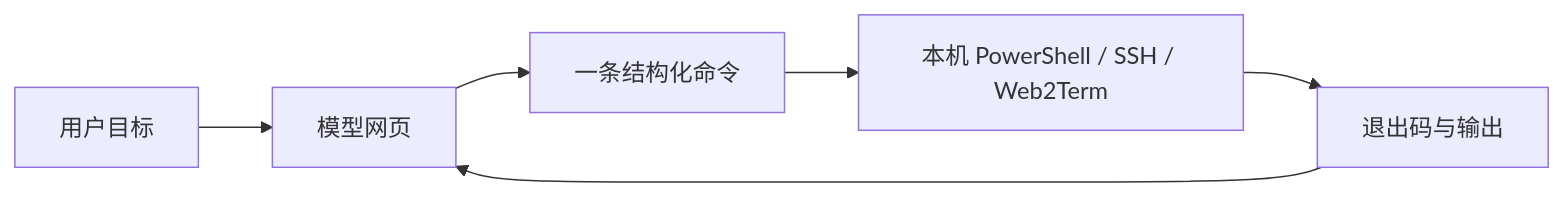
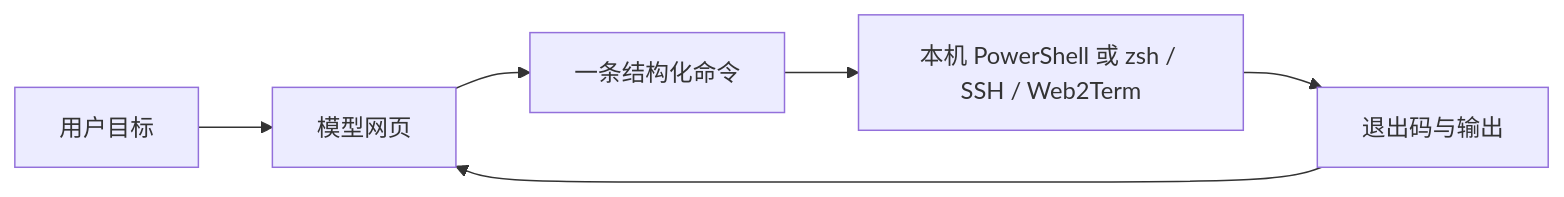
The first of 4 diagrams in README.md (naledao/gpt-web-to-codex-terminal), drawn with Mermaid before and after one commit. The commit also changed other lines of this file and 5 other files, not shown here.

````diff
--- a/README.md
+++ b/README.md
@@ -31,8 +53,8 @@
 ```mermaid
 flowchart LR
   U[用户目标] --> C[模型网页]
   C --> J[一条结构化命令]
-  J --> E[本机 PowerShell / SSH / Web2Term]
+  J --> E[本机 PowerShell 或 zsh / SSH / Web2Term]
   E --> O[退出码与输出]
   O --> C
 ```
````
